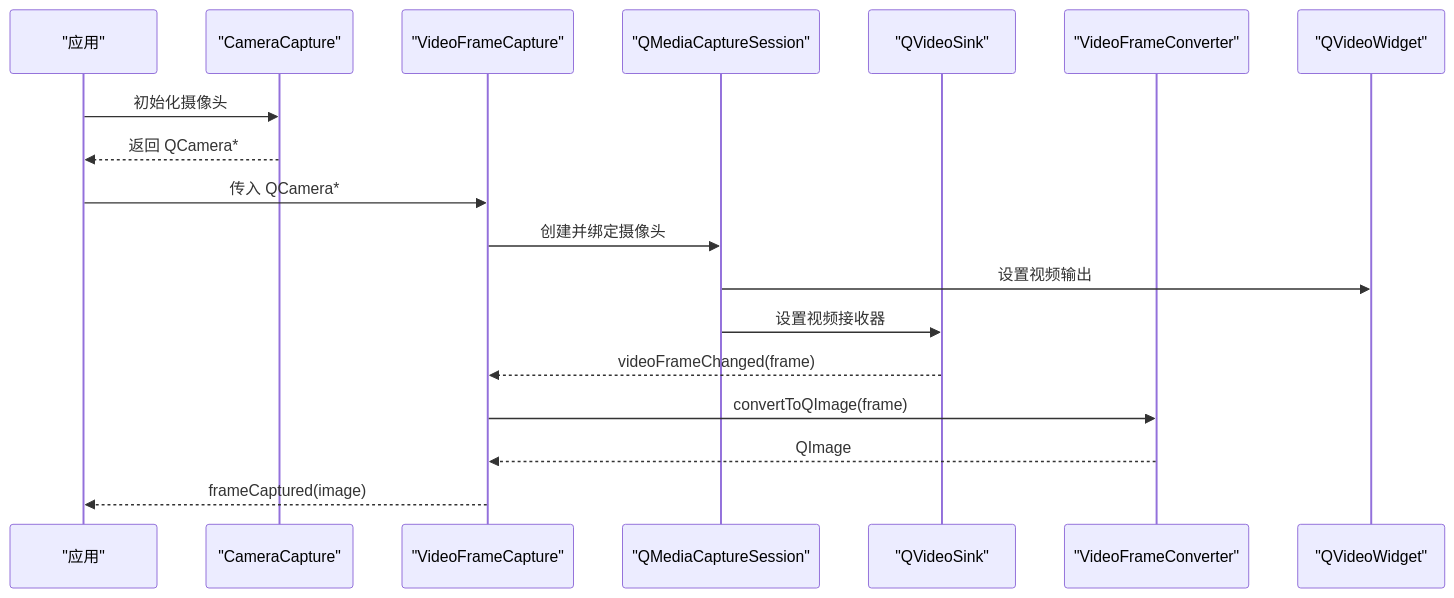
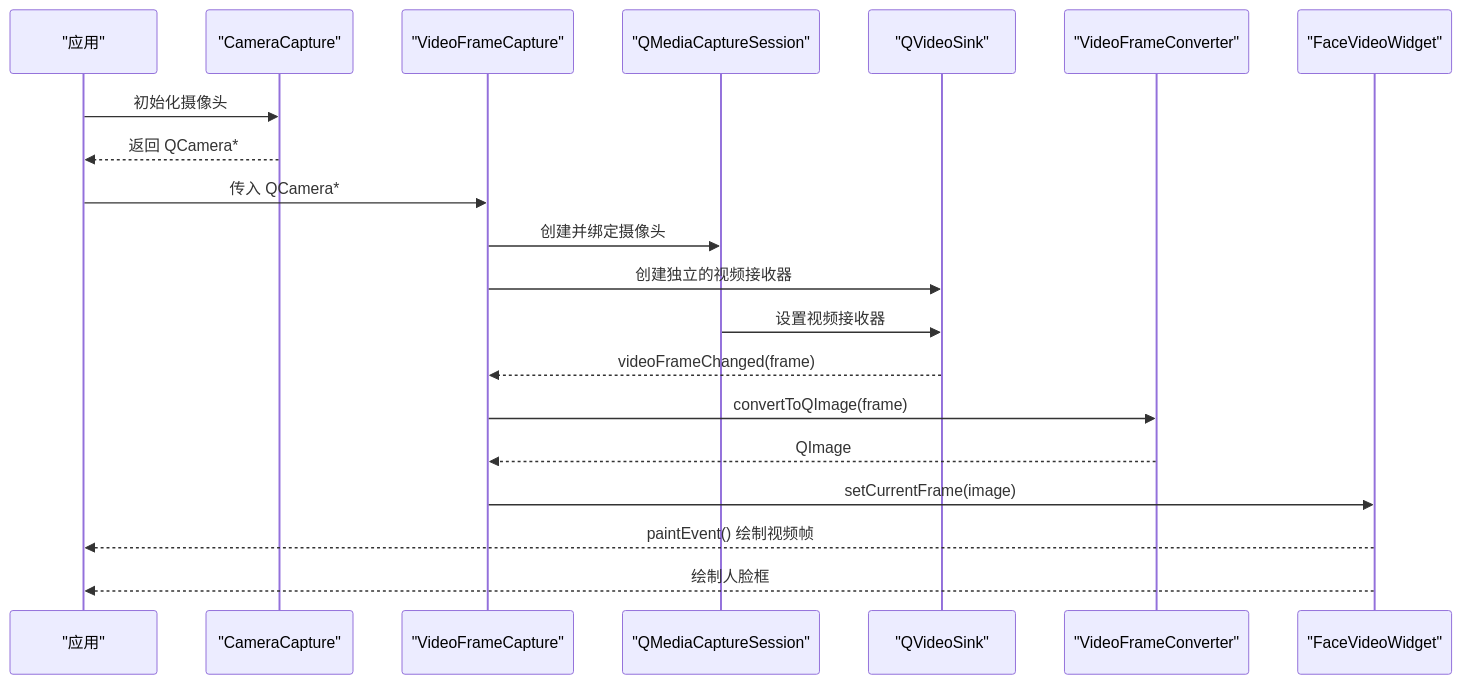
One commit to HeQiTZD/Triple-terminal-Attendance-Punching-System changed the second of 6 diagrams in .qoder/repowiki/zh/content/核心模块/摄像头采集模块/视频帧捕获.md. Above: the diagram before and after it, drawn with Mermaid. The commit also changed other lines of this file and 127 other files, not shown here.

````diff
--- a/.qoder/repowiki/zh/content/核心模块/摄像头采集模块/视频帧捕获.md
+++ b/.qoder/repowiki/zh/content/核心模块/摄像头采集模块/视频帧捕获.md
@@ -81,20 +104,22 @@
 ```mermaid
 sequenceDiagram
 participant App as "应用"
 participant CC as "CameraCapture"
 participant VFC as "VideoFrameCapture"
 participant Session as "QMediaCaptureSession"
 participant Sink as "QVideoSink"
 participant Conv as "VideoFrameConverter"
-participant UI as "QVideoWidget"
+participant UI as "FaceVideoWidget"
 App->>CC : 初始化摄像头
 CC-->>App : 返回 QCamera*
 App->>VFC : 传入 QCamera*
 VFC->>Session : 创建并绑定摄像头
-Session->>UI : 设置视频输出
+VFC->>Sink : 创建独立的视频接收器
 Session->>Sink : 设置视频接收器
 Sink-->>VFC : videoFrameChanged(frame)
 VFC->>Conv : convertToQImage(frame)
 Conv-->>VFC : QImage
-VFC-->>App : frameCaptured(image)
+VFC->>UI : setCurrentFrame(image)
+UI-->>App : paintEvent() 绘制视频帧
+UI-->>App : 绘制人脸框
 ```
````
